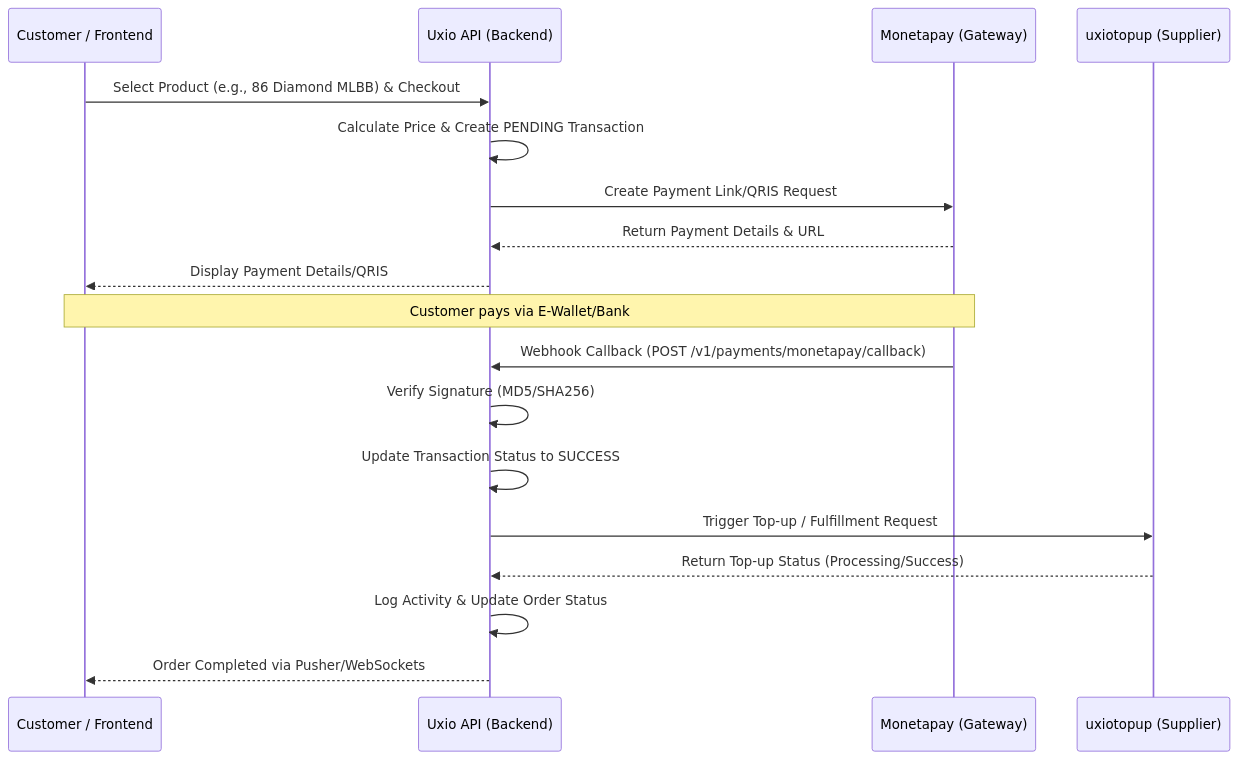
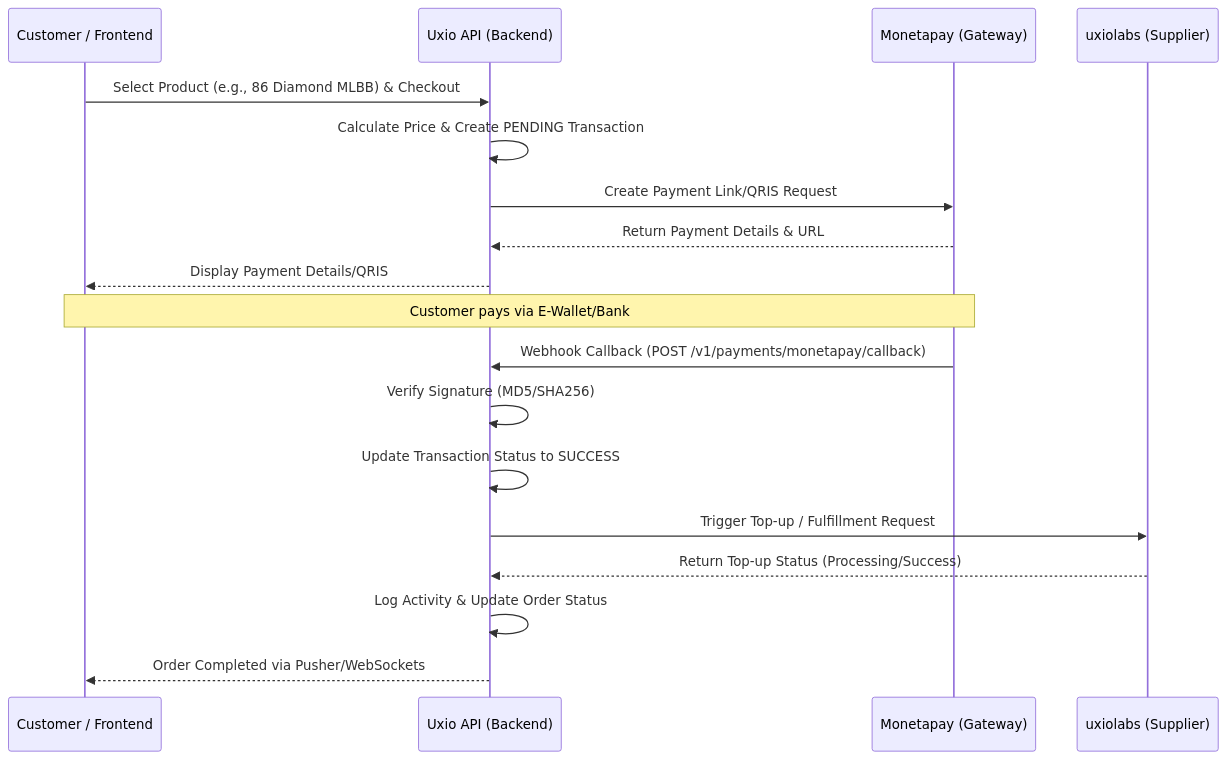
One commit to UXIO-DIGITAL-NETWORK/isgstore-monorepo changed the diagram in apps/api/docs/artifacts/payment-and-supplier-flow.md. Above: the diagram before and after it, drawn with Mermaid. The commit also changed other lines of this file and 241 other files, not shown here.

First line of the commit message:
Refund only the product price, and rename Uxiotopup to Uxiolabs

````diff
--- a/apps/api/docs/artifacts/payment-and-supplier-flow.md
+++ b/apps/api/docs/artifacts/payment-and-supplier-flow.md
@@ -11,26 +11,26 @@
 ```mermaid
 sequenceDiagram
     participant C as Customer / Frontend
     participant U as Uxio API (Backend)
     participant M as Monetapay (Gateway)
-    participant D as uxiotopup (Supplier)
+    participant D as uxiolabs (Supplier)
 
     %% 1. Order Creation
     C->>U: Select Product (e.g., 86 Diamond MLBB) & Checkout
     U->>U: Calculate Price & Create PENDING Transaction
     U->>M: Create Payment Link/QRIS Request
     M-->>U: Return Payment Details & URL
     U-->>C: Display Payment Details/QRIS
 
     %% 2. Payment Webhook
     Note over C, M: Customer pays via E-Wallet/Bank
     M->>U: Webhook Callback (POST /v1/payments/monetapay/callback)
     U->>U: Verify Signature (MD5/SHA256)
     U->>U: Update Transaction Status to SUCCESS
     
     %% 3. Supplier Fulfillment
     U->>D: Trigger Top-up / Fulfillment Request
     D-->>U: Return Top-up Status (Processing/Success)
     U->>U: Log Activity & Update Order Status
     U-->>C: Order Completed via Pusher/WebSockets
 ```
````
